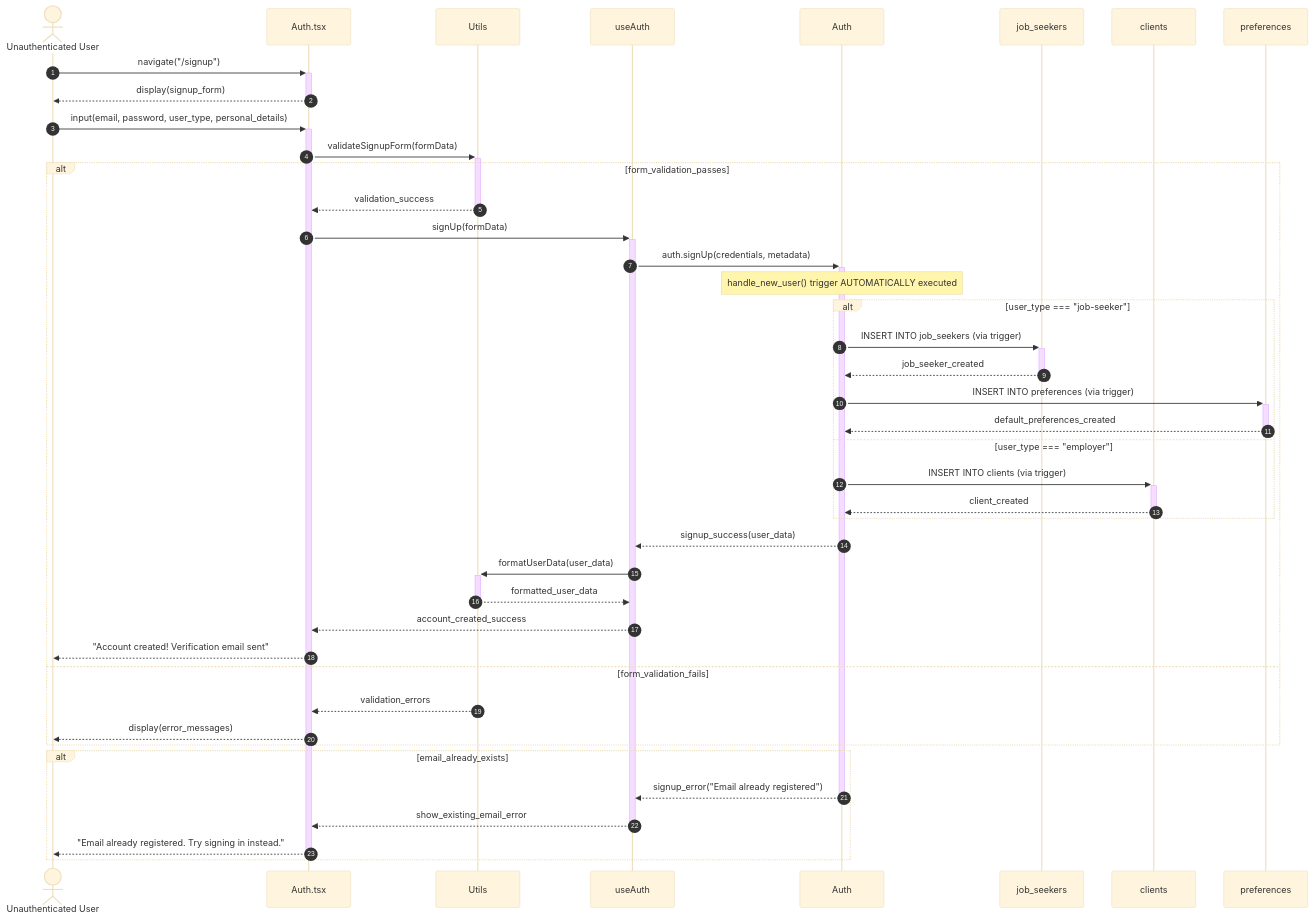
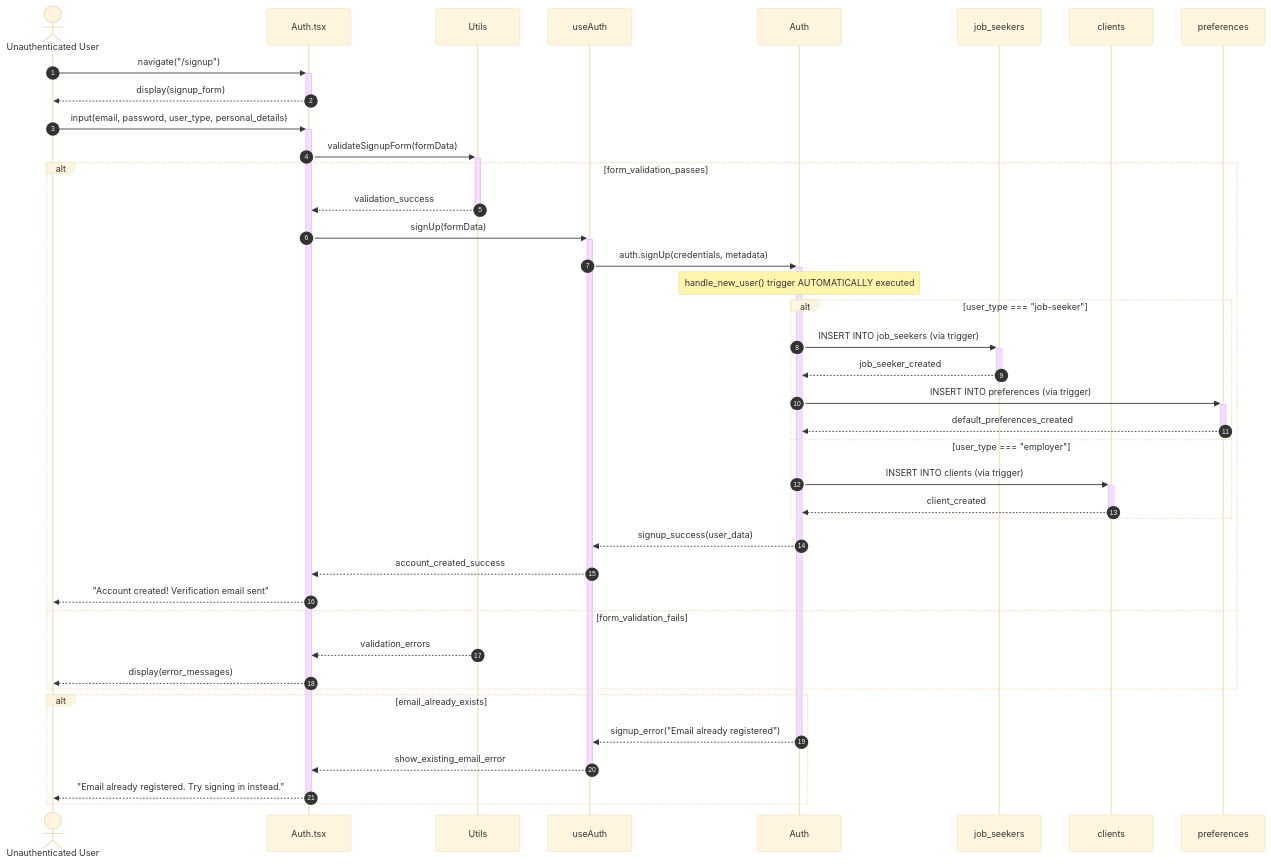
The diagram in use_case_1_refactored_sequence.md (Seanlhe/optistaff-frontend), drawn with Mermaid (base theme) before and after one commit. The commit also changed other lines of this file and 22 other files, not shown here.

````diff
--- a/use_case_1_refactored_sequence.md
+++ b/use_case_1_refactored_sequence.md
@@ -13,59 +13,57 @@
 ```mermaid
 sequenceDiagram
     actor User as Unauthenticated User
     participant View as Auth.tsx
     participant Utils as Utils
     participant Controller as useAuth
     participant AuthUsers as Auth
     participant JobSeekers as job_seekers
     participant Clients as clients
     participant Preferences as preferences
 
     autonumber
     %% User navigates to signup
     User->>+View: navigate("/signup")
     View-->>-User: display(signup_form)
 
     %% User fills form and submits
     User->>+View: input(email, password, user_type, personal_details)
     View->>+Utils: validateSignupForm(formData)
 
     alt form_validation_passes
         Utils-->>-View: validation_success
         View->>+Controller: signUp(formData)
 
         %% Authentication with Supabase
         Controller->>+AuthUsers: auth.signUp(credentials, metadata)
         
         %% Database trigger automatically fired
         Note over AuthUsers: handle_new_user() trigger AUTOMATICALLY executed
         
         %% Profile creation based on user type (via trigger)
         alt user_type === "job-seeker"
             AuthUsers->>+JobSeekers: INSERT INTO job_seekers (via trigger)
             JobSeekers-->>-AuthUsers: job_seeker_created
             AuthUsers->>+Preferences: INSERT INTO preferences (via trigger)
             Preferences-->>-AuthUsers: default_preferences_created
         else user_type === "employer"
             AuthUsers->>+Clients: INSERT INTO clients (via trigger)
             Clients-->>-AuthUsers: client_created
         end
 
         AuthUsers-->>Controller: signup_success(user_data)
-        Controller->>+Utils: formatUserData(user_data)
-        Utils-->>-Controller: formatted_user_data
         Controller-->>View: account_created_success
         View-->>User: "Account created! Verification email sent"
 
     else form_validation_fails
         Utils-->>View: validation_errors
         View-->>User: display(error_messages)
     end
 
     %% Error handling for existing email
     alt email_already_exists
         AuthUsers-->>-Controller: signup_error("Email already registered")
         Controller-->>-View: show_existing_email_error
         View-->>-User: "Email already registered. Try signing in instead."
     end
 ```
````
